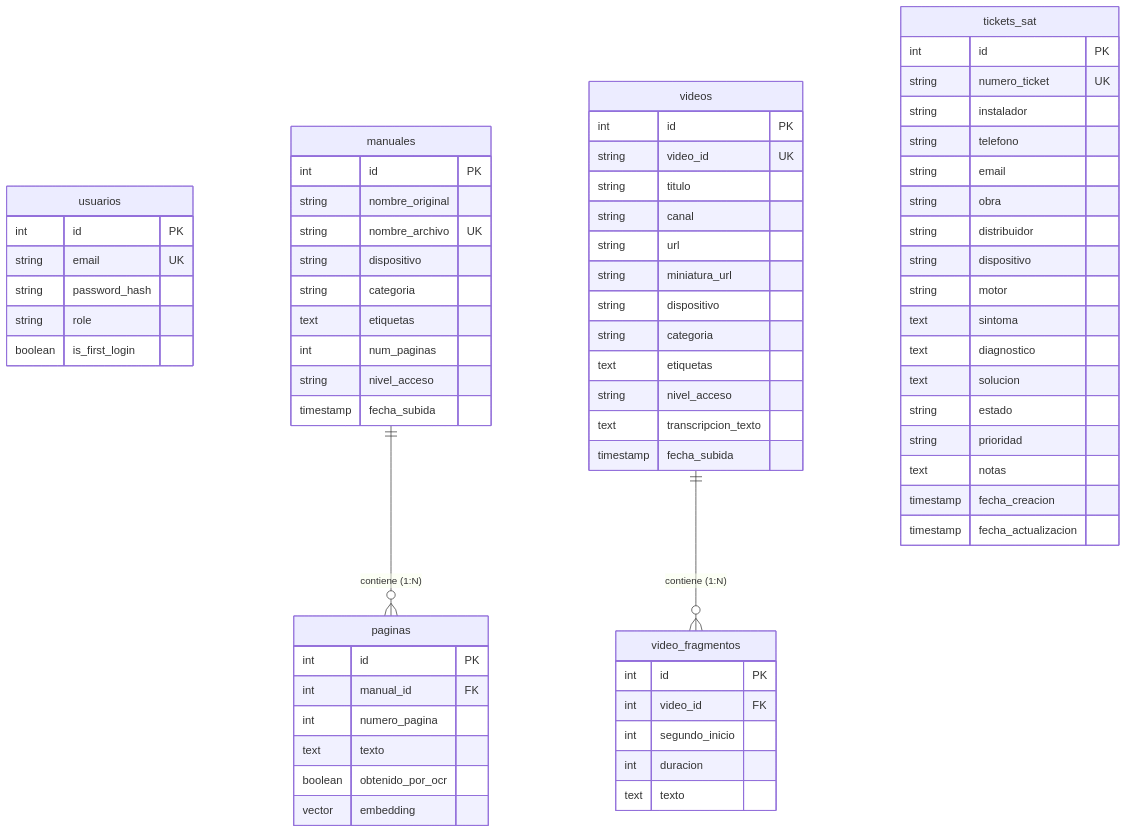
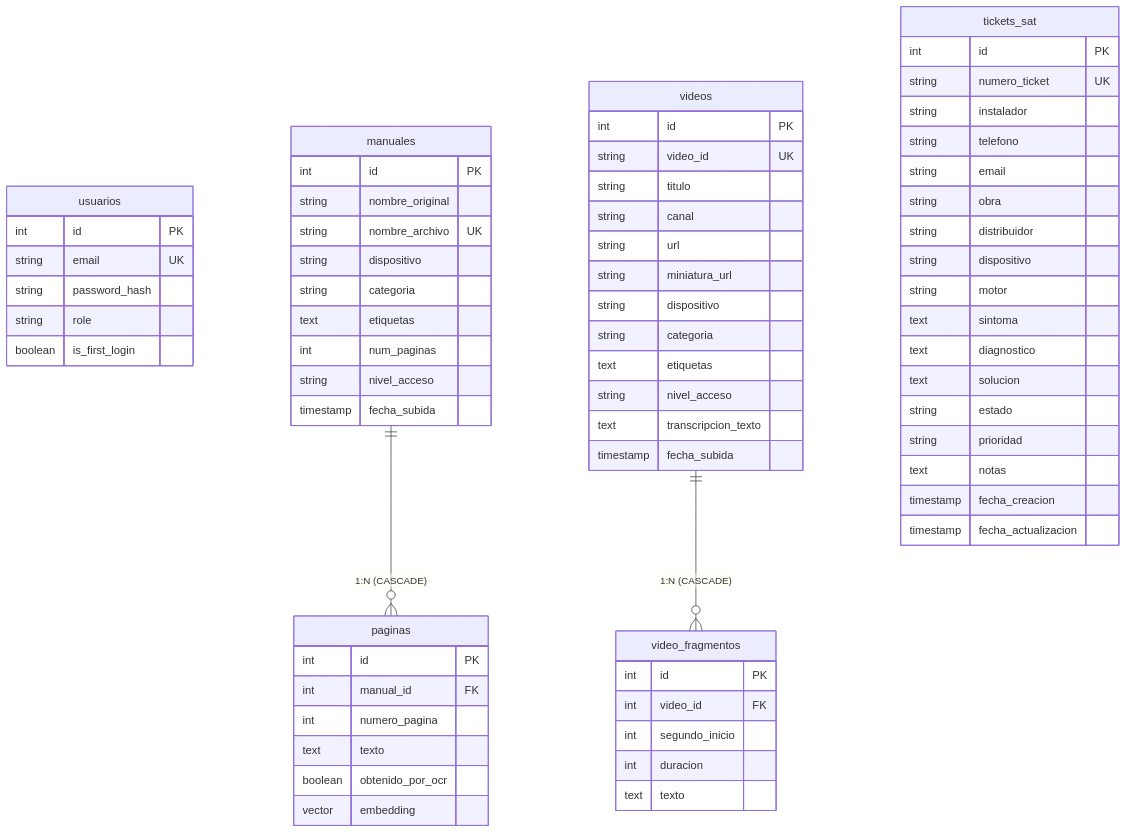
Before and after one commit to davidiotfenster-dev/buscador-manuales: the third of 3 diagrams in DOCUMENTACION_SISTEMA.md, drawn with Mermaid. The commit also changed other lines of this file and 36 other files, not shown here.

````diff
--- a/DOCUMENTACION_SISTEMA.md
+++ b/DOCUMENTACION_SISTEMA.md
@@ -317,77 +299,77 @@
 ```mermaid
 erDiagram
     usuarios {
         int id PK
         string email UK
         string password_hash
         string role
         boolean is_first_login
     }
 
     manuales {
         int id PK
         string nombre_original
         string nombre_archivo UK
         string dispositivo
         string categoria
         text etiquetas
         int num_paginas
         string nivel_acceso
         timestamp fecha_subida
     }
 
     paginas {
         int id PK
         int manual_id FK
         int numero_pagina
         text texto
         boolean obtenido_por_ocr
         vector embedding
     }
 
     videos {
         int id PK
         string video_id UK
         string titulo
         string canal
         string url
         string miniatura_url
         string dispositivo
         string categoria
         text etiquetas
         string nivel_acceso
         text transcripcion_texto
         timestamp fecha_subida
     }
 
     video_fragmentos {
         int id PK
         int video_id FK
         int segundo_inicio
         int duracion
         text texto
     }
 
     tickets_sat {
         int id PK
         string numero_ticket UK
         string instalador
         string telefono
         string email
         string obra
         string distribuidor
         string dispositivo
         string motor
         text sintoma
         text diagnostico
         text solucion
         string estado
         string prioridad
         text notas
         timestamp fecha_creacion
         timestamp fecha_actualizacion
     }
 
-    manuales ||--o{ paginas : "contiene (1:N)"
-    videos ||--o{ video_fragmentos : "contiene (1:N)"
+    manuales ||--o{ paginas : "1:N (CASCADE)"
+    videos ||--o{ video_fragmentos : "1:N (CASCADE)"
 ```
````
